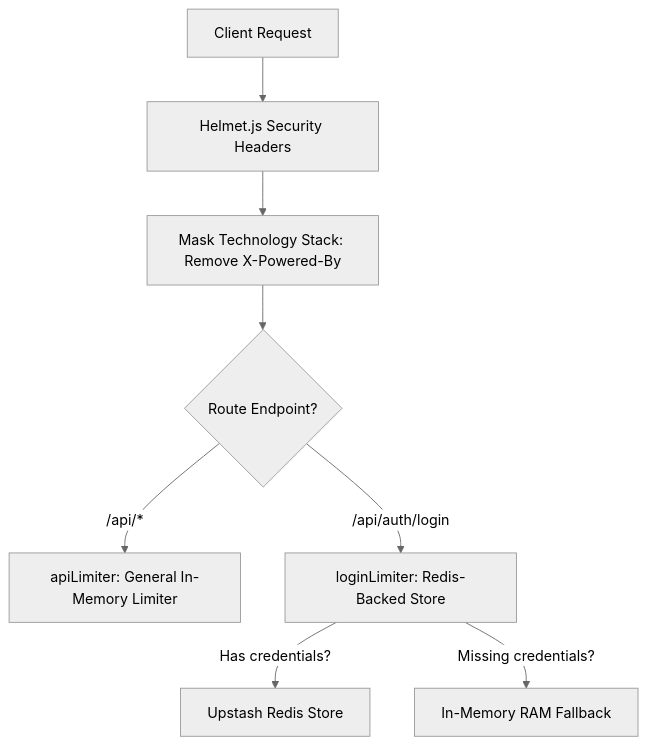
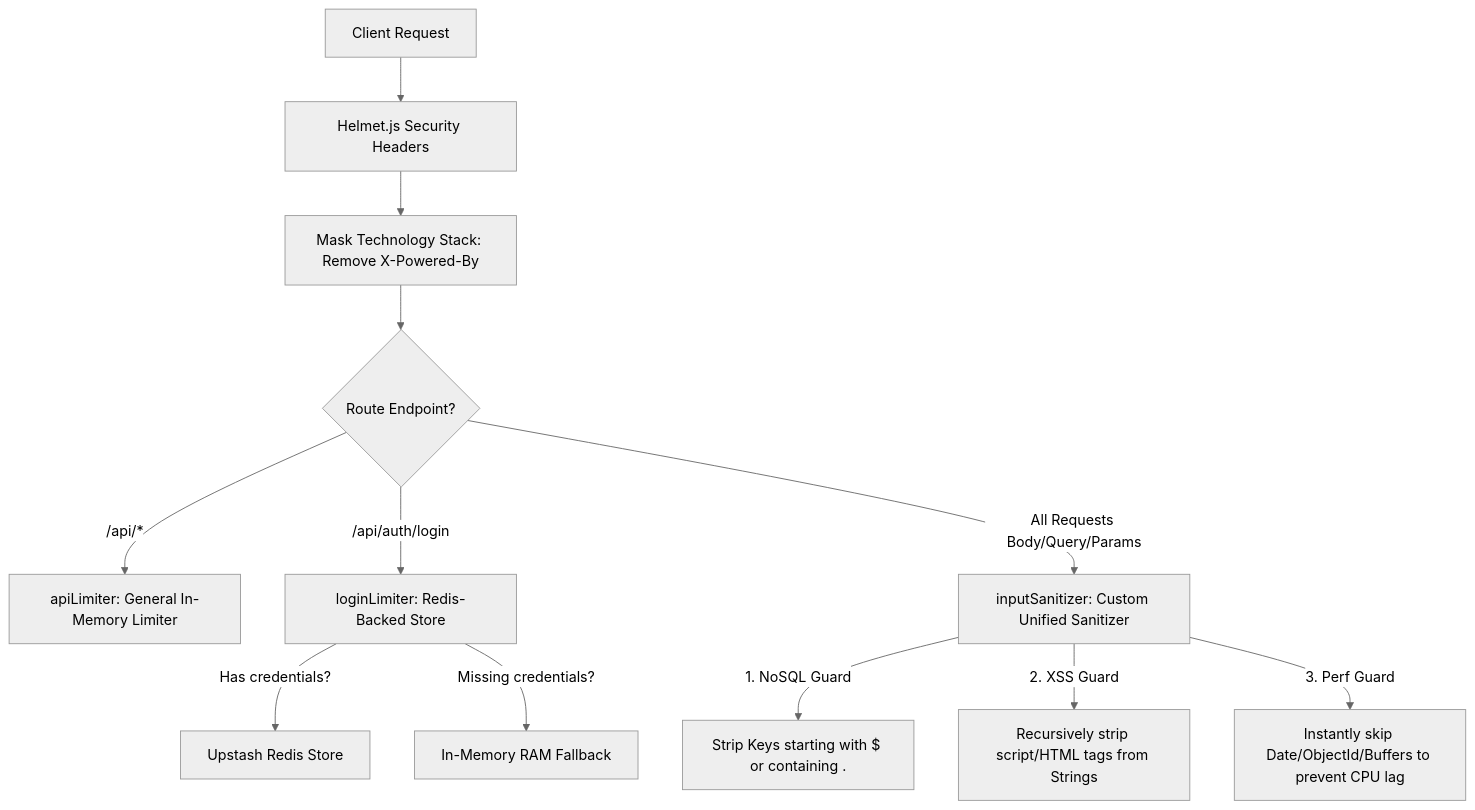
The diagram in README.md (shriyashpachpande/ERPSAA), drawn with Mermaid (neutral theme) before and after one commit. The commit also changed other lines of this file, not shown here.

Commit message:
docs: add Enterprise Grade Security badge and document custom inputSanitizer in README

````diff
--- a/README.md
+++ b/README.md
@@ -159,12 +160,17 @@
 ```mermaid
 graph TD
     Client[Client Request] --> Helmet[Helmet.js Security Headers]
     Helmet --> HideTech[Mask Technology Stack: Remove X-Powered-By]
     HideTech --> Router{Route Endpoint?}
     
     Router -->|/api/*| ApiLimit[apiLimiter: General In-Memory Limiter]
     Router -->|/api/auth/login| LoginLimit[loginLimiter: Redis-Backed Store]
     
     LoginLimit -->|Has credentials?| Upstash[Upstash Redis Store]
     LoginLimit -->|Missing credentials?| LocalRam[In-Memory RAM Fallback]
+    
+    Router -->|All Requests Body/Query/Params| Sanitizer[inputSanitizer: Custom Unified Sanitizer]
+    Sanitizer -->|1. NoSQL Guard| StripOperators[Strip Keys starting with $ or containing .]
+    Sanitizer -->|2. XSS Guard| StripHtml[Recursively strip script/HTML tags from Strings]
+    Sanitizer -->|3. Perf Guard| SkipComplex[Instantly skip Date/ObjectId/Buffers to prevent CPU lag]
 ```
````
